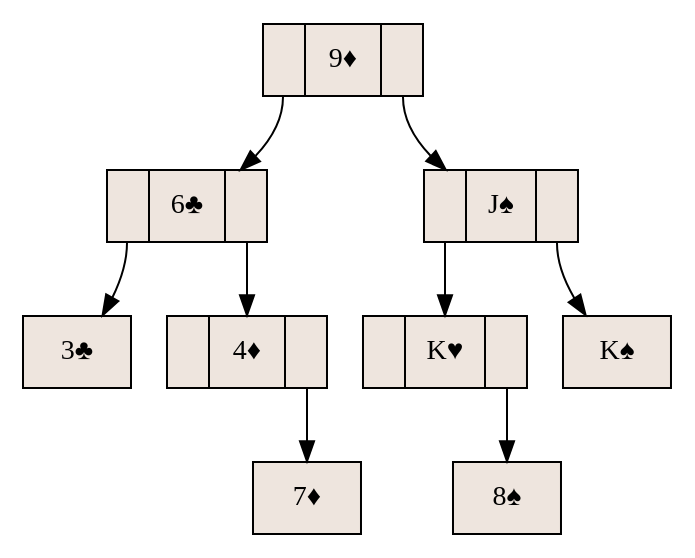
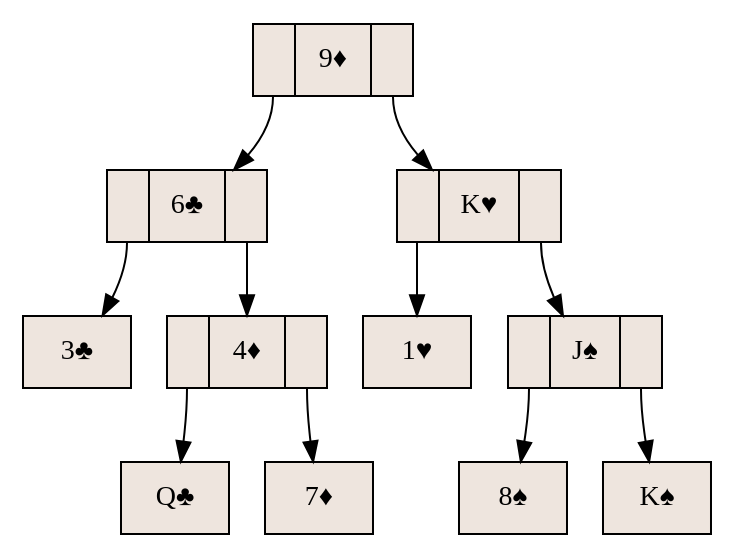
One commit to ALODEV-GT/API-PYRAMID-P2ED changed the diagram in aux_grafico.dot. Above: the diagram before and after it, drawn with Graphviz. The commit also changed 40 other files, not shown here.

```diff
--- a/aux_grafico.dot
+++ b/aux_grafico.dot
@@ -1,21 +1,25 @@
 digraph grafica{
 rankdir=TB;
 node [shape = record, style=filled, fillcolor=seashell2];
 nodo2 [ label ="<C0>|9♦|<C1>"];
 nodo1 [ label ="<C0>|6♣|<C1>"];
 nodo3 [ label ="3♣"];
 nodo1:C0->nodo3
 nodo4 [ label ="<C0>|4♦|<C1>"];
+nodo9 [ label ="Q♣"];
+nodo4:C0->nodo9
 nodo10 [ label ="7♦"];
 nodo4:C1->nodo10
 nodo1:C1->nodo4
 nodo2:C0->nodo1
+nodo7 [ label ="<C0>|K♥|<C1>"];
+nodo5 [ label ="1♥"];
+nodo7:C0->nodo5
 nodo8 [ label ="<C0>|J♠|<C1>"];
-nodo7 [ label ="<C0>|K♥|<C1>"];
 nodo6 [ label ="8♠"];
-nodo7:C1->nodo6
-nodo8:C0->nodo7
+nodo8:C0->nodo6
 nodo11 [ label ="K♠"];
 nodo8:C1->nodo11
-nodo2:C1->nodo8
+nodo7:C1->nodo8
+nodo2:C1->nodo7
 }
```
